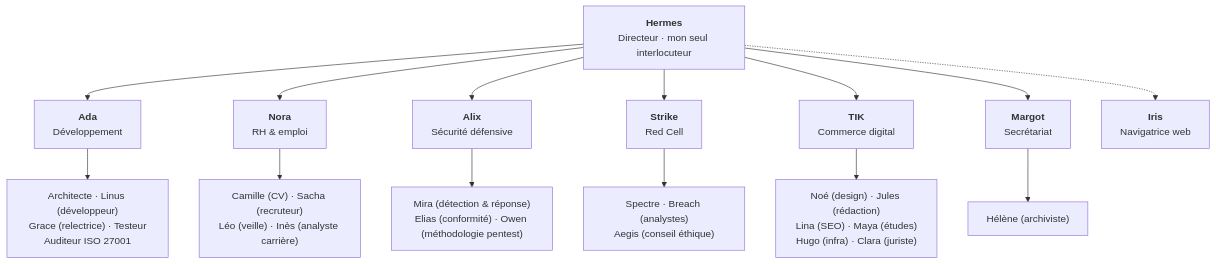
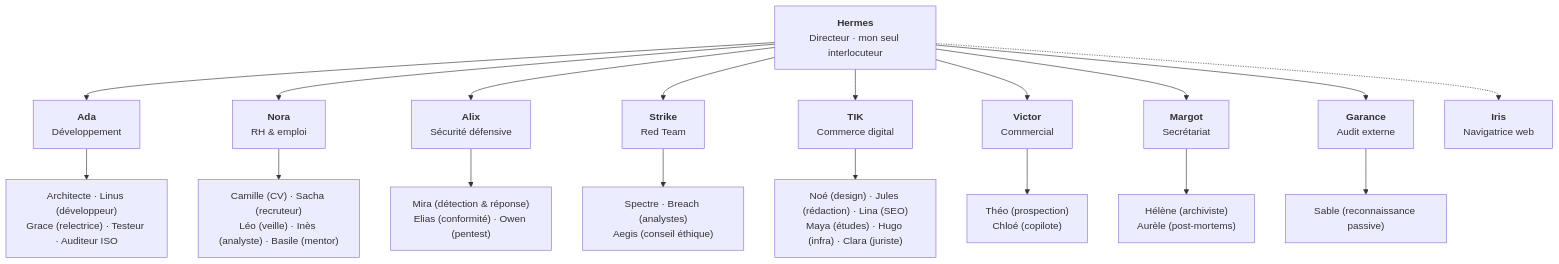
Before and after one commit to Dow08/OS-Agentique_showcase: the third of 3 diagrams in README.fr.md, drawn with Mermaid. The commit also changed other lines of this file and 18 other files, not shown here.

````diff
--- a/README.fr.md
+++ b/README.fr.md
@@ -71,17 +131,21 @@
 ```mermaid
 flowchart TD
     H["<b>Hermes</b><br/>Directeur · mon seul interlocuteur"]
     H --> DEV["<b>Ada</b><br/>Développement"]
     H --> RH["<b>Nora</b><br/>RH & emploi"]
     H --> SEC["<b>Alix</b><br/>Sécurité défensive"]
-    H --> RED["<b>Strike</b><br/>Red Cell"]
+    H --> RED["<b>Strike</b><br/>Red Team"]
     H --> TIK["<b>TIK</b><br/>Commerce digital"]
-    H --> SEC2["<b>Margot</b><br/>Secrétariat"]
+    H --> COM["<b>Victor</b><br/>Commercial"]
+    H --> SG["<b>Margot</b><br/>Secrétariat"]
+    H --> AUD["<b>Garance</b><br/>Audit externe"]
     H -.-> IRIS["<b>Iris</b><br/>Navigatrice web"]
-    DEV --> DEV1["Architecte · Linus (développeur)<br/>Grace (relectrice) · Testeur<br/>Auditeur ISO 27001"]
-    RH --> RH1["Camille (CV) · Sacha (recruteur)<br/>Léo (veille) · Inès (analyste carrière)"]
-    SEC --> SEC1["Mira (détection & réponse)<br/>Elias (conformité) · Owen (méthodologie pentest)"]
+    DEV --> DEV1["Architecte · Linus (développeur)<br/>Grace (relectrice) · Testeur · Auditeur ISO"]
+    RH --> RH1["Camille (CV) · Sacha (recruteur)<br/>Léo (veille) · Inès (analyste) · Basile (mentor)"]
+    SEC --> SEC1["Mira (détection & réponse)<br/>Elias (conformité) · Owen (pentest)"]
     RED --> RED1["Spectre · Breach (analystes)<br/>Aegis (conseil éthique)"]
-    TIK --> TIK1["Noé (design) · Jules (rédaction)<br/>Lina (SEO) · Maya (études)<br/>Hugo (infra) · Clara (juriste)"]
-    SEC2 --> SEC21["Hélène (archiviste)"]
+    TIK --> TIK1["Noé (design) · Jules (rédaction) · Lina (SEO)<br/>Maya (études) · Hugo (infra) · Clara (juriste)"]
+    COM --> COM1["Théo (prospection)<br/>Chloé (copilote)"]
+    SG --> SG1["Hélène (archiviste)<br/>Aurèle (post-mortems)"]
+    AUD --> AUD1["Sable (reconnaissance passive)"]
 ```
````
